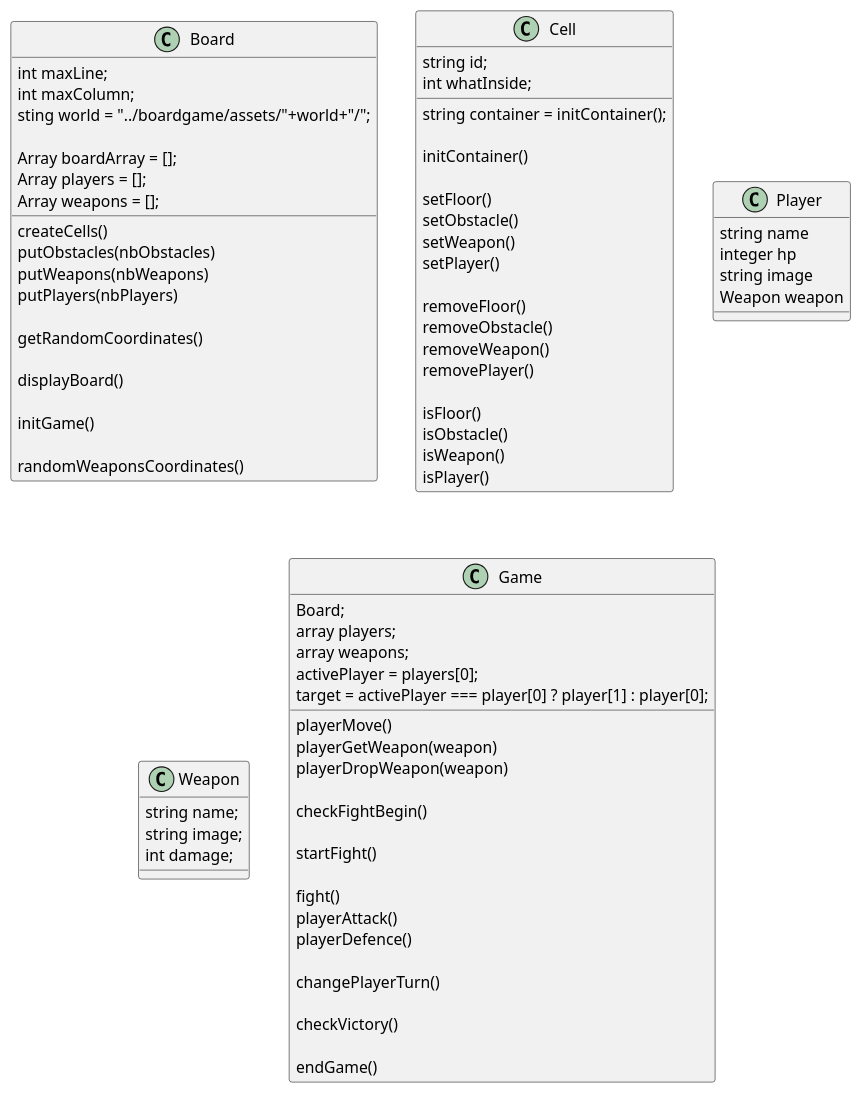
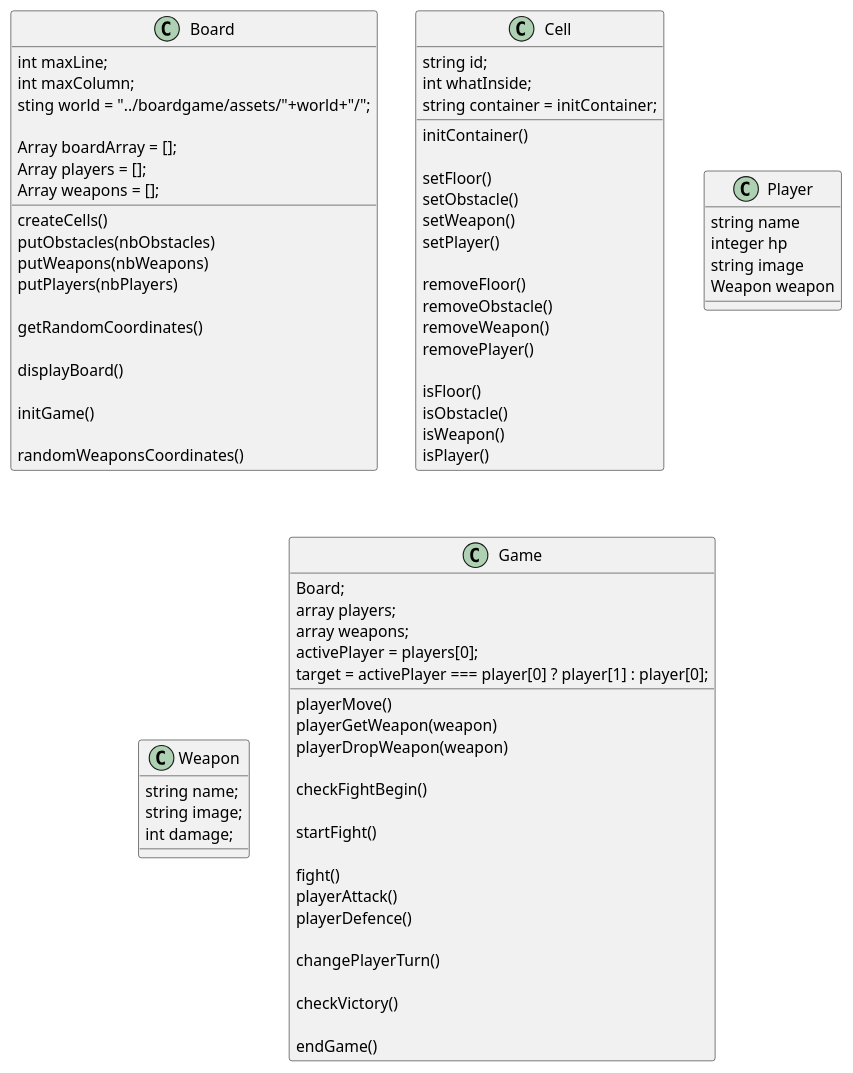
The diagram in brain.puml (Jduquenne/BoardGame), drawn with PlantUML before and after one commit. The commit also changed 48 other files, not shown here.

```diff
--- a/brain.puml
+++ b/brain.puml
@@ -1,89 +1,89 @@
 @startuml
 class Board {
     int maxLine;
     int maxColumn;
     sting world = "../boardgame/assets/"+world+"/";
 
     Array boardArray = [];
     '    [{x: 0,y: 0, player: Player, isCurrent: true},{index: 235,player: Player, isCurrent: false}]
     Array players = [];
     Array weapons = [];
 
     createCells()
     putObstacles(nbObstacles)
     putWeapons(nbWeapons)
     putPlayers(nbPlayers)
 
     getRandomCoordinates()
 
     displayBoard()
 
     initGame()
 
     randomWeaponsCoordinates()
 }
 
 class Cell {
     string id;
     int whatInside;
-    string container = initContainer();
+    string container = initContainer;
 
     initContainer()
 
     setFloor()
     setObstacle()
     setWeapon()
     setPlayer()
 
     removeFloor()
     removeObstacle()
     removeWeapon()
     removePlayer()
 
     isFloor()
     isObstacle()
     isWeapon()
     isPlayer()
 
 }
 
 class Player {
    string name
    integer hp
    string image
    Weapon weapon
 }
 
 class Weapon {
     string name;
     string image;
     int damage;
 }
 
 class Game {
     Board;
     array players;
     array weapons;
     activePlayer = players[0];
     target = activePlayer === player[0] ? player[1] : player[0];
 
     playerMove()
     playerGetWeapon(weapon)
     playerDropWeapon(weapon)
 
     checkFightBegin()
 
     startFight()
 
     fight()
     playerAttack()
     playerDefence()
 
     changePlayerTurn()
 
     checkVictory()
 
     endGame()
 }
 
 @enduml
```
